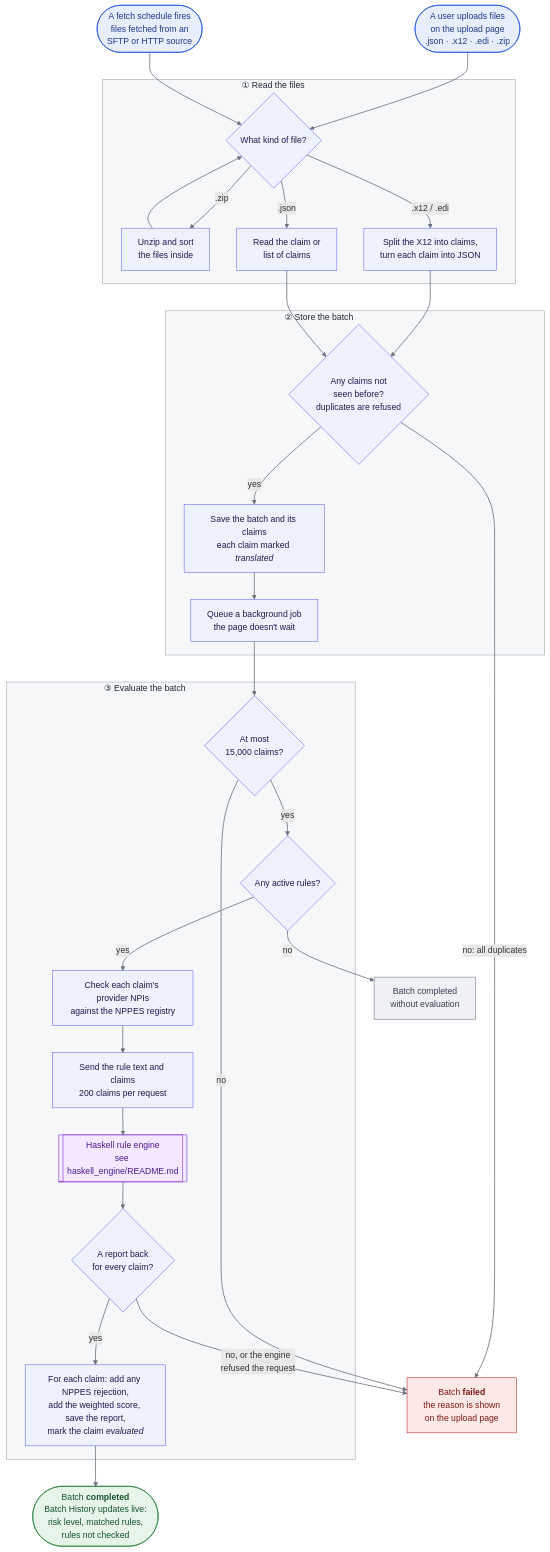
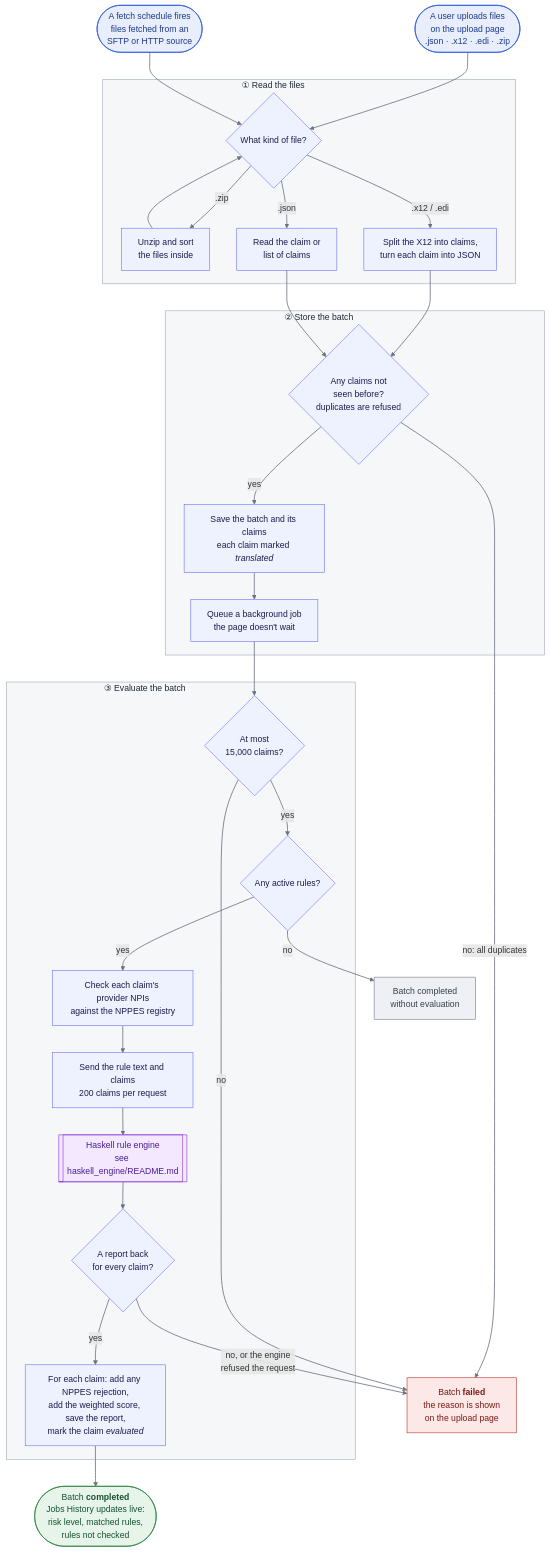
One commit to donfox/medicaid_claims_checker changed the diagram in phoenix_web/README.md. Above: the diagram before and after it, drawn with Mermaid. The commit also changed other lines of this file and 4 other files, not shown here.

First line of the commit message:
docs(syntax): document every helper and field rules use; say Jobs History

````diff
--- a/phoenix_web/README.md
+++ b/phoenix_web/README.md
@@ -49,64 +49,64 @@
 ```mermaid
 flowchart TD
     UP(["A user uploads files<br/>on the upload page<br/>.json · .x12 · .edi · .zip"])
     SCH(["A fetch schedule fires<br/>files fetched from an<br/>SFTP or HTTP source"])
 
     subgraph S1["①&nbsp;Read&nbsp;the&nbsp;files&nbsp;&nbsp;&nbsp;&nbsp;&nbsp;&nbsp;&nbsp;&nbsp;&nbsp;&nbsp;&nbsp;&nbsp;&nbsp;&nbsp;&nbsp;&nbsp;&nbsp;&nbsp;&nbsp;&nbsp;&nbsp;&nbsp;&nbsp;&nbsp;&nbsp;&nbsp;&nbsp;&nbsp;&nbsp;&nbsp;"]
         KIND{"What kind of file?"}
         ZIP["Unzip and sort<br/>the files inside"]
         X12["Split the X12 into claims,<br/>turn each claim into JSON"]
         JSON["Read the claim or<br/>list of claims"]
     end
 
     subgraph S2["②&nbsp;Store&nbsp;the&nbsp;batch&nbsp;&nbsp;&nbsp;&nbsp;&nbsp;&nbsp;&nbsp;&nbsp;&nbsp;&nbsp;&nbsp;&nbsp;&nbsp;&nbsp;&nbsp;&nbsp;&nbsp;&nbsp;&nbsp;&nbsp;&nbsp;&nbsp;&nbsp;&nbsp;&nbsp;&nbsp;&nbsp;&nbsp;&nbsp;&nbsp;"]
         DUP{"Any claims not<br/>seen before?<br/>duplicates are refused"}
         SAVE["Save the batch and its claims<br/>each claim marked <i>translated</i>"]
         Q["Queue a background job<br/>the page doesn't wait"]
     end
 
     subgraph S3["③&nbsp;Evaluate&nbsp;the&nbsp;batch&nbsp;&nbsp;&nbsp;&nbsp;&nbsp;&nbsp;&nbsp;&nbsp;&nbsp;&nbsp;&nbsp;&nbsp;&nbsp;&nbsp;&nbsp;&nbsp;&nbsp;&nbsp;&nbsp;&nbsp;&nbsp;&nbsp;&nbsp;&nbsp;&nbsp;&nbsp;&nbsp;&nbsp;&nbsp;&nbsp;"]
         SIZE{"At most<br/>15,000 claims?"}
         RULES{"Any active rules?"}
         NPPES["Check each claim's provider NPIs<br/>against the NPPES registry"]
         SEND["Send the rule text and claims<br/>200 claims per request"]
         ENG[["Haskell rule engine<br/>see haskell_engine/README.md"]]
         OK{"A report back<br/>for every claim?"}
         STORE["For each claim: add any NPPES rejection,<br/>add the weighted score, save the report,<br/>mark the claim <i>evaluated</i>"]
     end
 
-    DONE(["Batch <b>completed</b><br/>Batch History updates live:<br/>risk level, matched rules,<br/>rules not checked"])
+    DONE(["Batch <b>completed</b><br/>Jobs History updates live:<br/>risk level, matched rules,<br/>rules not checked"])
     NONE["Batch completed<br/>without evaluation"]
     FAIL["Batch <b>failed</b><br/>the reason is shown<br/>on the upload page"]
 
     UP --> KIND
     SCH --> KIND
     KIND -- ".zip" --> ZIP --> KIND
     KIND -- ".x12 / .edi" --> X12
     KIND -- ".json" --> JSON
     X12 --> DUP
     JSON --> DUP
     DUP -- yes --> SAVE --> Q --> SIZE
     DUP -- "no: all duplicates" --> FAIL
     SIZE -- yes --> RULES
     SIZE -- no --> FAIL
     RULES -- yes --> NPPES --> SEND --> ENG --> OK
     RULES -- no --> NONE
     OK -- yes --> STORE --> DONE
     OK -- "no, or the engine<br/>refused the request" --> FAIL
 
     classDef err fill:#fde8e8,stroke:#b42318,color:#7a1a12
     classDef good fill:#e7f4ea,stroke:#1e7b34,color:#14532d
     classDef muted fill:#eef0f3,stroke:#6b7280,color:#374151
     classDef io fill:#e8eefc,stroke:#1d4ed8,color:#1e3a8a
     classDef engine fill:#f3e8ff,stroke:#7e22ce,color:#4c1d95
     class FAIL err
     class DONE good
     class NONE muted
     class UP,SCH io
     class ENG engine
     style S1 fill:#f6f7f9,stroke:#9aa3af,color:#1f2937
     style S2 fill:#f6f7f9,stroke:#9aa3af,color:#1f2937
     style S3 fill:#f6f7f9,stroke:#9aa3af,color:#1f2937
     classDef default fill:#eef2ff,stroke:#6366f1,color:#1e1b4b
     linkStyle default stroke:#6b7280,stroke-width:1.5px
 ```
````
